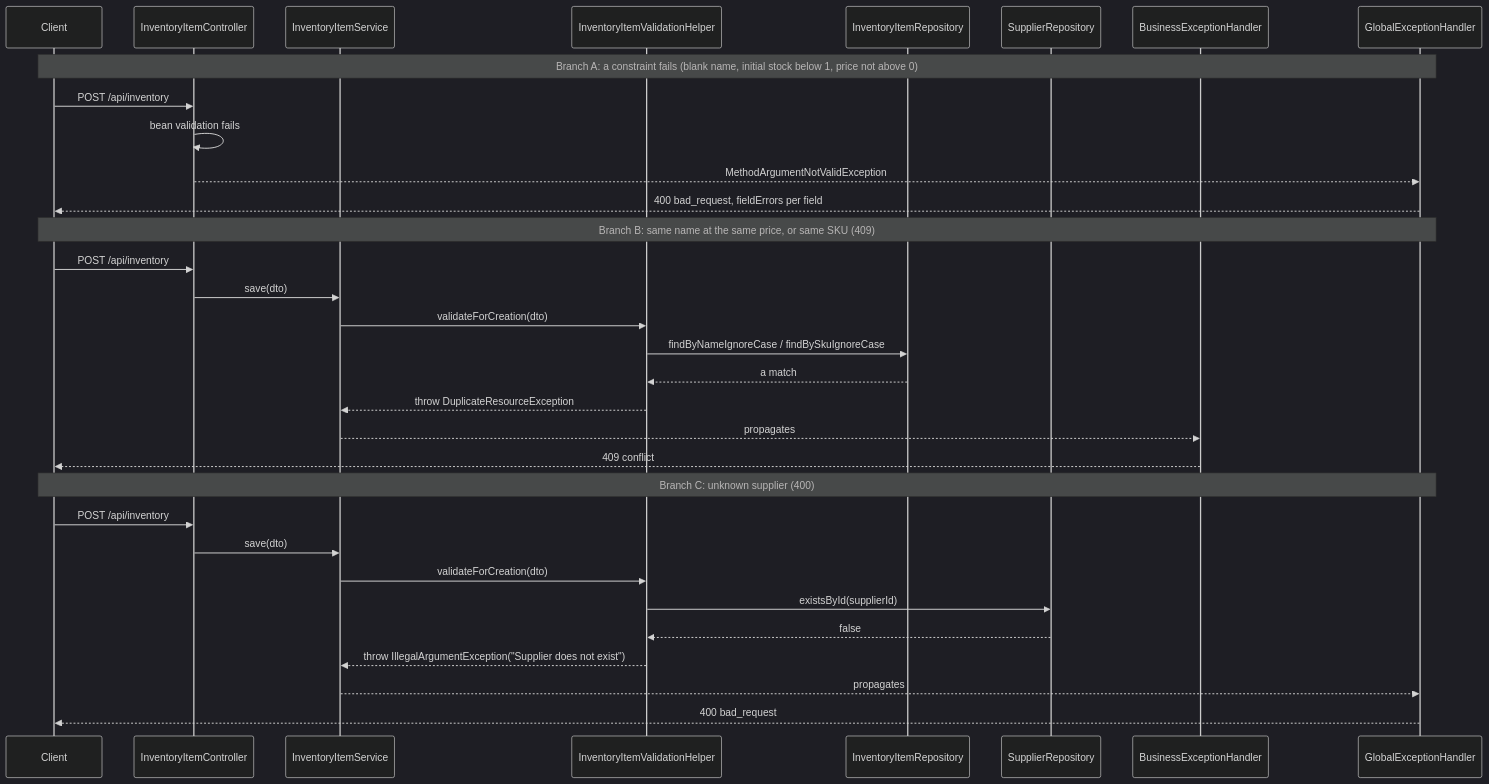
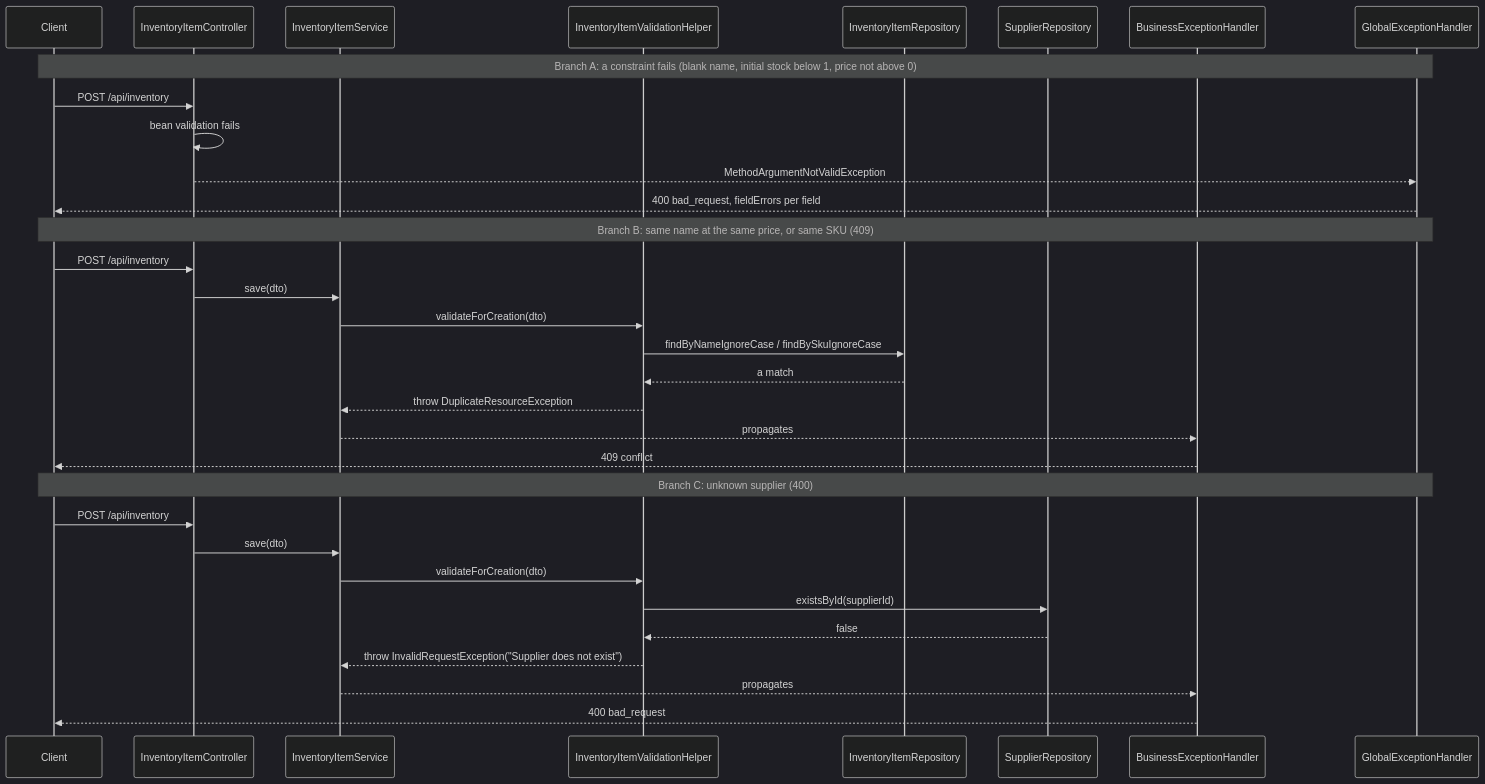
Before and after one commit to Keglev/inventory-service: the second of 5 diagrams in docs/backend/architecture/06-runtime.md, drawn with Mermaid (dark theme). The commit also changed other lines of this file and 15 other files, not shown here.

````diff
--- a/docs/backend/architecture/06-runtime.md
+++ b/docs/backend/architecture/06-runtime.md
@@ -79,38 +78,38 @@
 ```mermaid
 %%{init: {"sequence": {"useMaxWidth": false}}}%%
 sequenceDiagram
     participant Client
     participant IC as InventoryItemController
     participant IS as InventoryItemService
     participant VH as InventoryItemValidationHelper
     participant IR as InventoryItemRepository
     participant SR as SupplierRepository
     participant BEH as BusinessExceptionHandler
     participant GEH as GlobalExceptionHandler
 
     Note over Client,GEH: Branch A: a constraint fails (blank name, initial stock below 1, price not above 0)
     Client->>IC: POST /api/inventory
     IC->>IC: bean validation fails
     IC-->>GEH: MethodArgumentNotValidException
     GEH-->>Client: 400 bad_request, fieldErrors per field
 
     Note over Client,GEH: Branch B: same name at the same price, or same SKU (409)
     Client->>IC: POST /api/inventory
     IC->>IS: save(dto)
     IS->>VH: validateForCreation(dto)
     VH->>IR: findByNameIgnoreCase / findBySkuIgnoreCase
     IR-->>VH: a match
     VH-->>IS: throw DuplicateResourceException
     IS-->>BEH: propagates
     BEH-->>Client: 409 conflict
 
     Note over Client,GEH: Branch C: unknown supplier (400)
     Client->>IC: POST /api/inventory
     IC->>IS: save(dto)
     IS->>VH: validateForCreation(dto)
     VH->>SR: existsById(supplierId)
     SR-->>VH: false
-    VH-->>IS: throw IllegalArgumentException("Supplier does not exist")
-    IS-->>GEH: propagates
-    GEH-->>Client: 400 bad_request
+    VH-->>IS: throw InvalidRequestException("Supplier does not exist")
+    IS-->>BEH: propagates
+    BEH-->>Client: 400 bad_request
 ```
````
